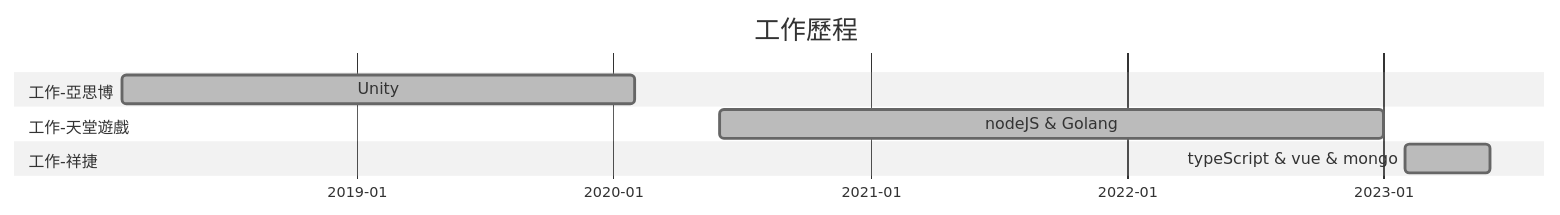
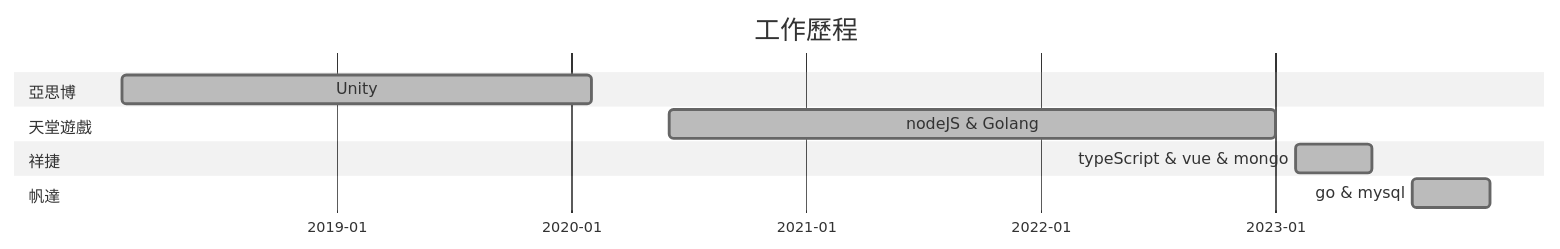
Before and after one commit to Chu16537/note: the diagram in ore.md, drawn with Mermaid (neutral theme). The commit also changed other lines of this file, not shown here.

````diff
--- a/ore.md
+++ b/ore.md
@@ -8,17 +8,19 @@
 ```mermaid
 gantt
    title  工作歷程
 
    dateFormat  YYYY-MM
 	axisFormat  %Y-%m
 
-      section 工作-亞思博
+      section 亞思博
          Unity: done, 2018-02, 2020-02
 
-      section 工作-天堂遊戲
+      section 天堂遊戲
          nodeJS & Golang: done, 2020-06, 2023-01
 
-      section 工作-祥捷
+      section 祥捷
          typeScript & vue & mongo: done, 2023-02, 2023-06
 
+      section 帆達
+         go & mysql: done, 2023-08, 2023-12
 ```
````
